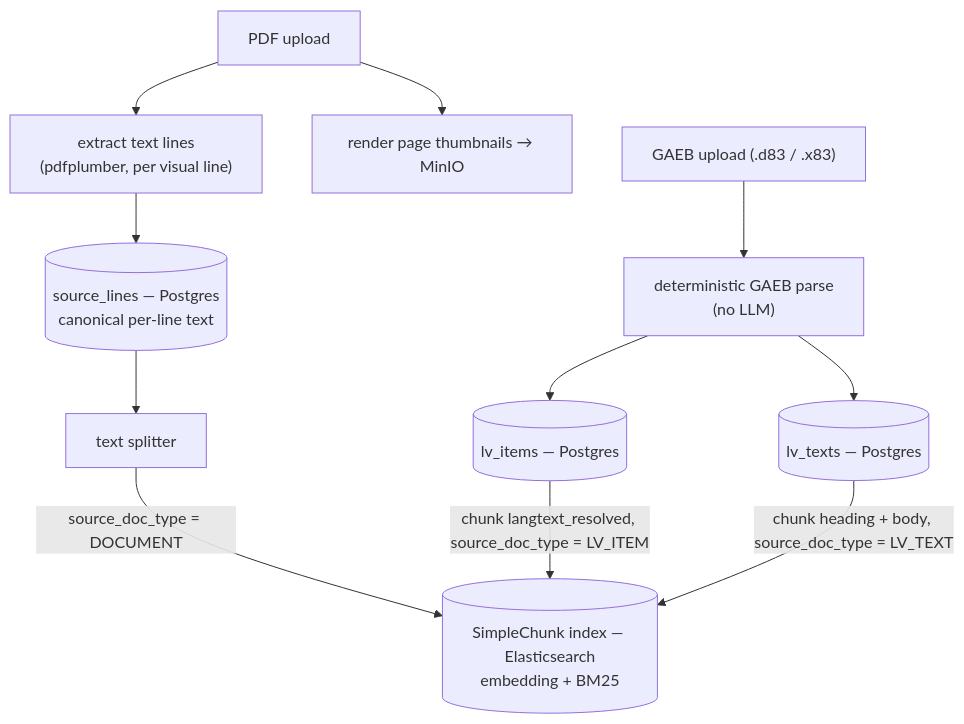
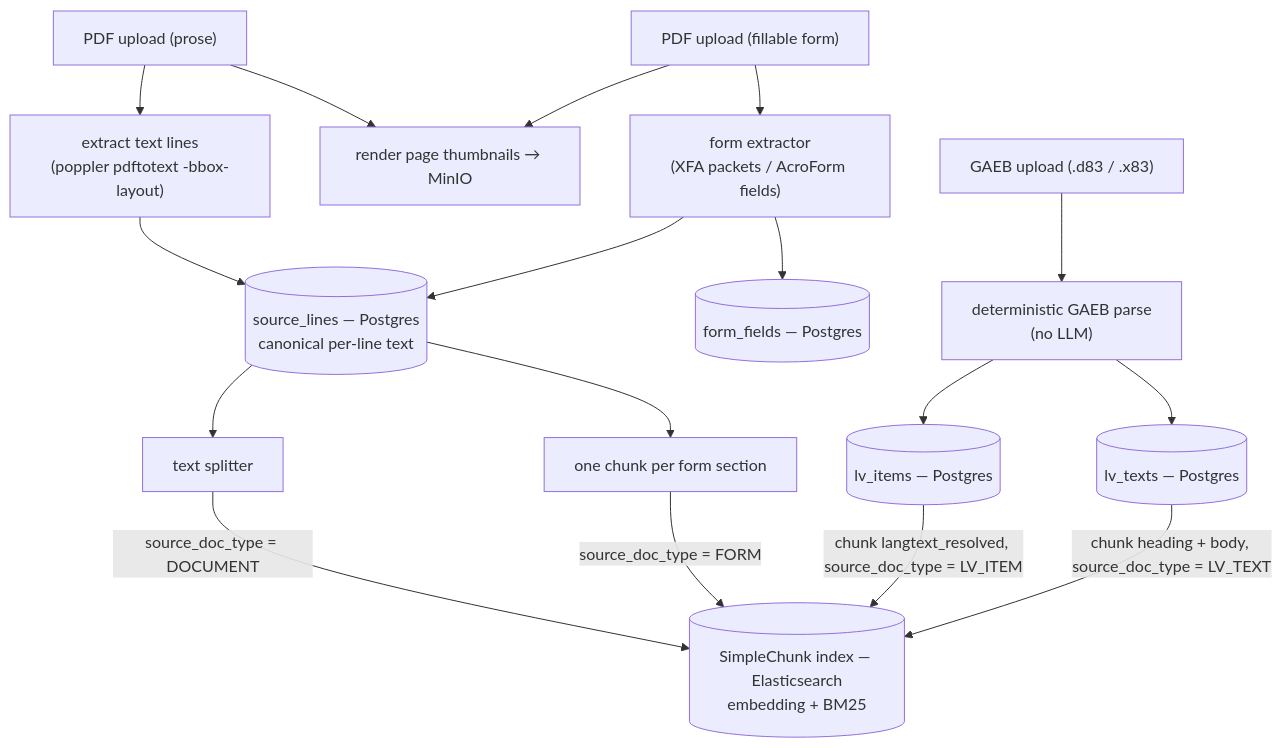
The first of 8 diagrams in AI_ARCHITECTURE.md (arthurshen74/strassenbau-vergabe-assistant), drawn with Mermaid before and after one commit. The commit also changed other lines of this file and 68 other files, not shown here.

First line of the commit message:
Ingest fillable PDF forms (Formblätter) as FORM_DOCUMENT

````diff
--- a/AI_ARCHITECTURE.md
+++ b/AI_ARCHITECTURE.md
@@ -17,13 +19,19 @@
 ```mermaid
 flowchart TD
-    PDF["PDF upload"] --> EX["extract text lines<br/>(pdfplumber, per visual line)"]
+    PDF["PDF upload (prose)"] --> EX["extract text lines<br/>(poppler pdftotext -bbox-layout)"]
     EX --> SL[("source_lines — Postgres<br/>canonical per-line text")]
     PDF --> TH["render page thumbnails → MinIO"]
     SL --> SPL["text splitter"]
     SPL -->|"source_doc_type = DOCUMENT"| SC[("SimpleChunk index — Elasticsearch<br/>embedding + BM25")]
+    FORM["PDF upload (fillable form)"] --> FX["form extractor<br/>(XFA packets / AcroForm fields)"]
+    FORM --> TH
+    FX --> SL
+    FX --> FF[("form_fields — Postgres")]
+    SL --> FSPL["one chunk per form section"]
+    FSPL -->|"source_doc_type = FORM"| SC
     GAEB["GAEB upload (.d83 / .x83)"] --> GP["deterministic GAEB parse<br/>(no LLM)"]
     GP --> LVI[("lv_items — Postgres")]
     GP --> LVT[("lv_texts — Postgres")]
     LVI -->|"chunk langtext_resolved, source_doc_type = LV_ITEM"| SC
     LVT -->|"chunk heading + body, source_doc_type = LV_TEXT"| SC
 ```
````
